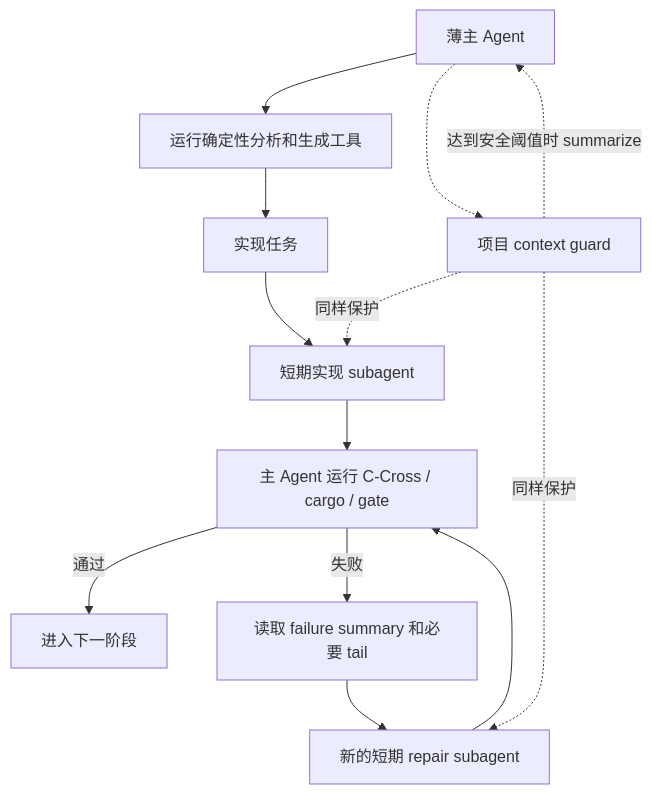
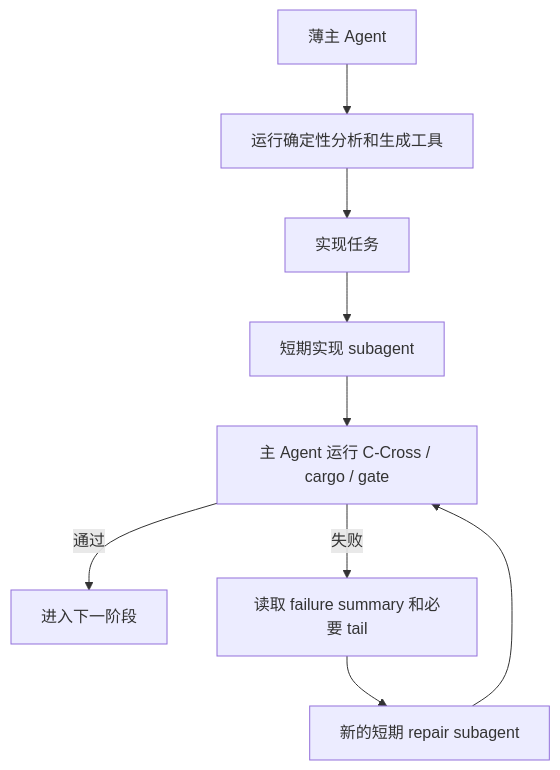
Before and after one commit to wsjq5477/2026-C2Rust-BenchMark: the diagram in design_doc/Q11-OpenCode上下文爆炸分析与优化方案.md, drawn with Mermaid. The commit also changed other lines of this file and 8 other files, not shown here.

````diff
--- a/design_doc/Q11-OpenCode上下文爆炸分析与优化方案.md
+++ b/design_doc/Q11-OpenCode上下文爆炸分析与优化方案.md
@@ -355,15 +286,11 @@
 ```mermaid
 flowchart TD
     P["薄主 Agent"] --> A["运行确定性分析和生成工具"]
     A --> I["实现任务"]
     I --> W1["短期实现 subagent"]
     W1 --> V["主 Agent 运行 C-Cross / cargo / gate"]
     V -->|"通过"| N["进入下一阶段"]
     V -->|"失败"| F["读取 failure summary 和必要 tail"]
     F --> W2["新的短期 repair subagent"]
     W2 --> V
-    P -.-> G["项目 context guard"]
-    G -. "达到安全阈值时 summarize" .-> P
-    G -. "同样保护" .-> W1
-    G -. "同样保护" .-> W2
 ```
````
